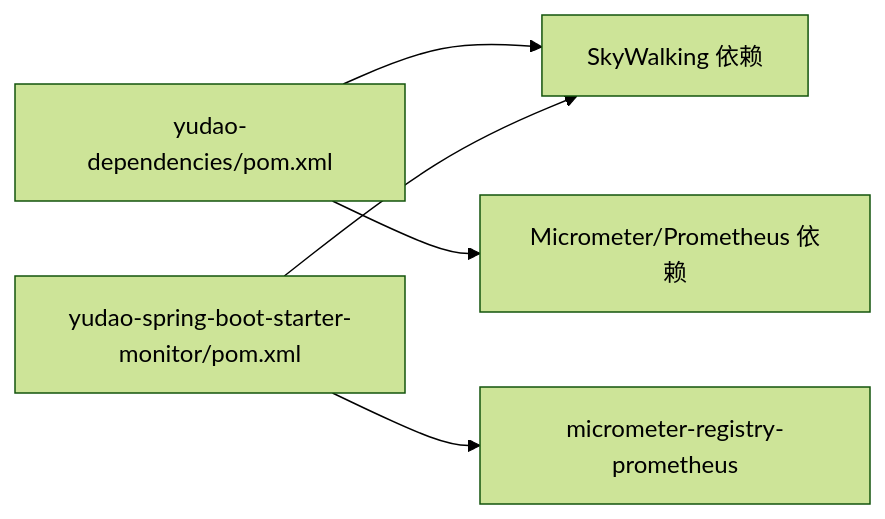
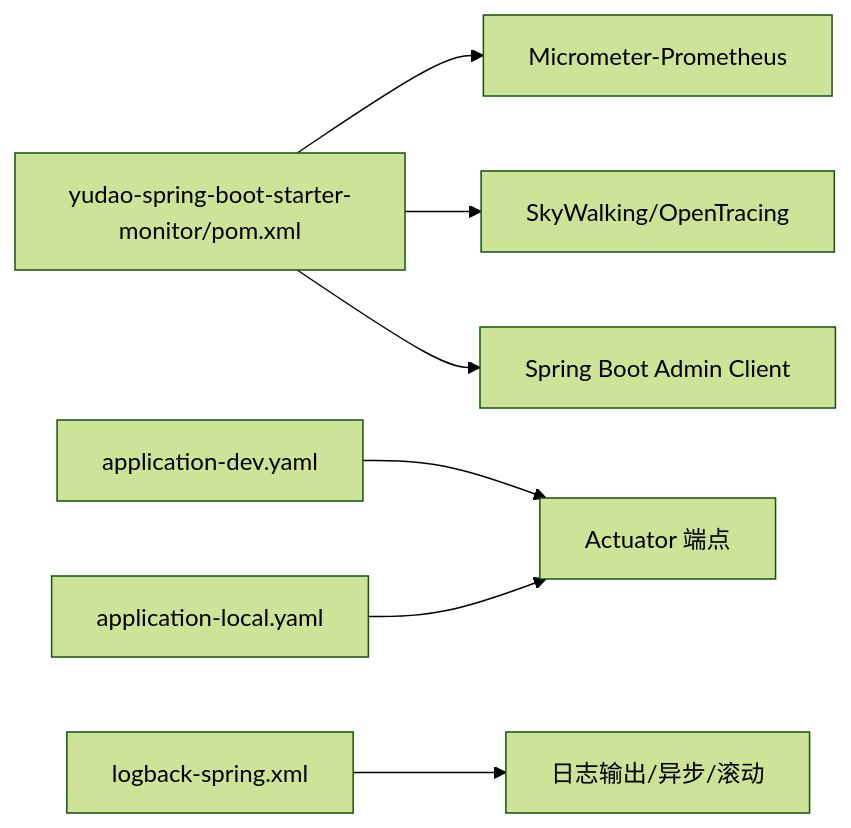
Before and after one commit to xiaoche80s-tech/rouyi-vue-pro: the eighth of 8 diagrams in .qoder/repowiki/zh/content/部署运维/监控告警.md, drawn with Mermaid (forest theme). The commit also changed other lines of this file and 840 other files, not shown here.

````diff
--- a/.qoder/repowiki/zh/content/部署运维/监控告警.md
+++ b/.qoder/repowiki/zh/content/部署运维/监控告警.md
@@ -238,7 +259,9 @@
 ```mermaid
 graph LR
-DM["yudao-dependencies/pom.xml"] --> SW["SkyWalking 依赖"]
-DM --> MIC["Micrometer/Prometheus 依赖"]
-MS["yudao-spring-boot-starter-monitor/pom.xml"] --> SW
-MS --> PROM["micrometer-registry-prometheus"]
+POM["yudao-spring-boot-starter-monitor/pom.xml"] --> Mic["Micrometer-Prometheus"]
+POM --> OT["SkyWalking/OpenTracing"]
+POM --> SBA["Spring Boot Admin Client"]
+Dev["application-dev.yaml"] --> Act["Actuator 端点"]
+Local["application-local.yaml"] --> Act
+Log["logback-spring.xml"] --> LogOut["日志输出/异步/滚动"]
 ```
````
